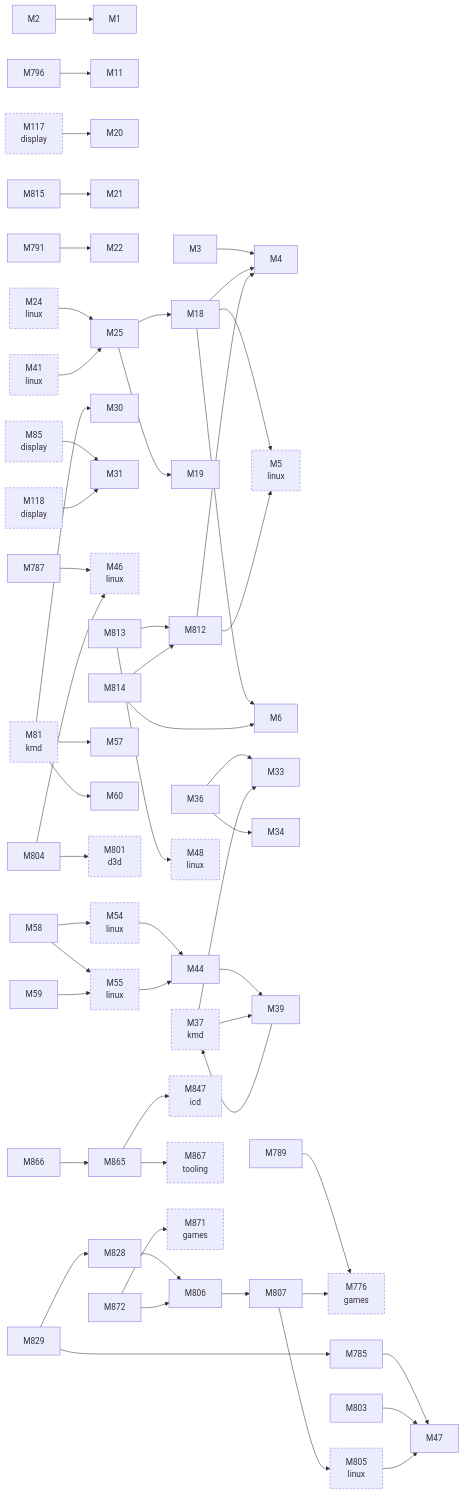
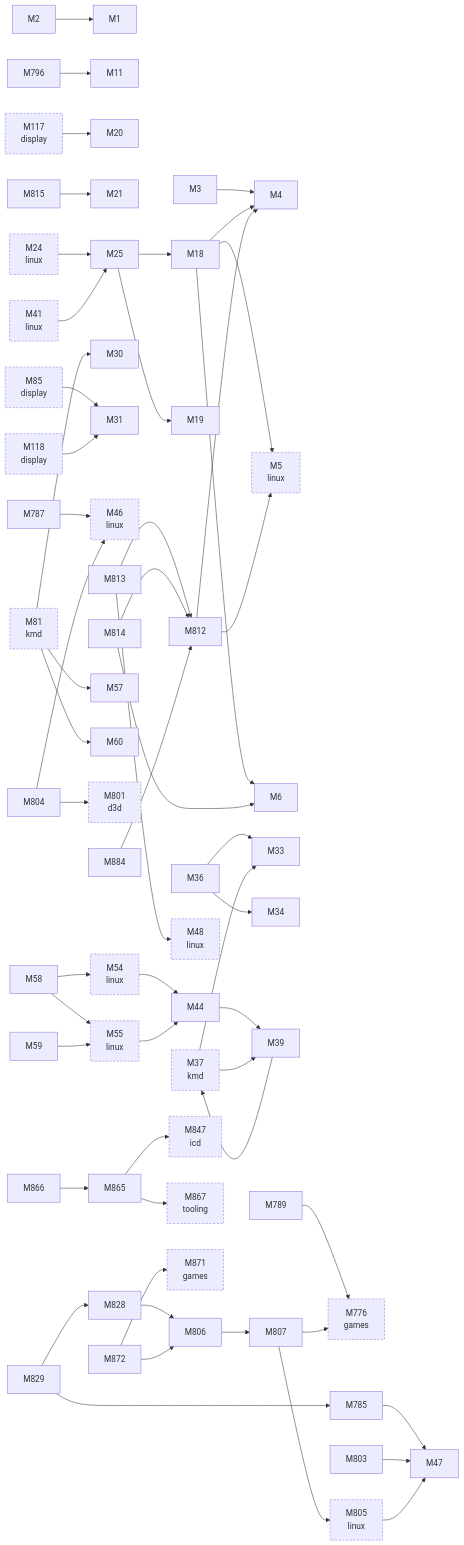
Before and after one commit to D-Ogi/amdgpu-wddm: the second of 3 diagrams in docs/facts/graphs/hardware.md, drawn with Mermaid. The commit also changed 34 other files, not shown here.

```diff
--- a/docs/facts/graphs/hardware.md
+++ b/docs/facts/graphs/hardware.md
@@ -84,7 +84,6 @@
   M19["M19"]
   M20["M20"]
   M21["M21"]
-  M22["M22"]
   M24["M24<br/>linux"]
   M25["M25"]
   M30["M30"]
@@ -113,7 +112,6 @@
   M785["M785"]
   M787["M787"]
   M789["M789"]
-  M791["M791"]
   M796["M796"]
   M801["M801<br/>d3d"]
   M803["M803"]
@@ -133,6 +131,7 @@
   M867["M867<br/>tooling"]
   M871["M871<br/>games"]
   M872["M872"]
+  M884["M884"]
   M2 --> M1
   M3 --> M4
   M18 --> M4
@@ -150,7 +149,6 @@
   M785 --> M47
   M787 --> M46
   M789 --> M776
-  M791 --> M22
   M796 --> M11
   M803 --> M47
   M804 --> M46
@@ -173,6 +171,7 @@
   M866 --> M865
   M872 --> M806
   M872 --> M871
+  M884 --> M812
   M37 --> M33
   M37 --> M39
   M81 --> M30
```
